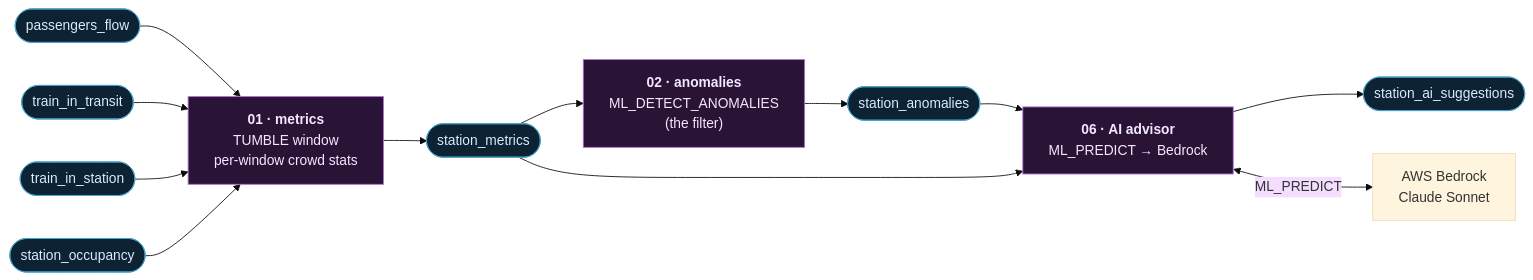
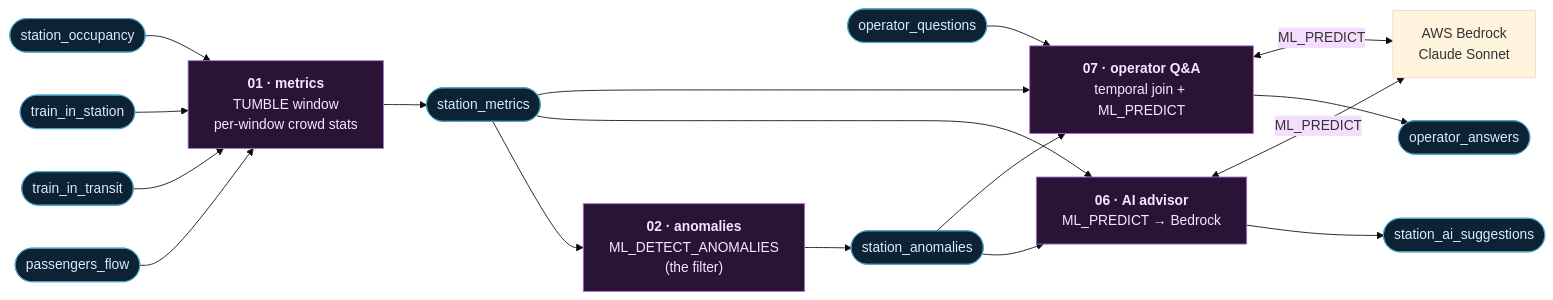
The second of 2 diagrams in README.md (ifnesi/cc-ai-tilley-station-demo), drawn with Mermaid (base theme) before and after one commit. The commit also changed other lines of this file and 23 other files, not shown here.

````diff
--- a/README.md
+++ b/README.md
@@ -78,30 +83,39 @@
 ```mermaid
 flowchart LR
   classDef topic fill:#0d2233,stroke:#4aa3c7,color:#dbeafe;
   classDef job fill:#2a1436,stroke:#b06fd6,color:#f3e8ff;
 
   PF(["passengers_flow"]):::topic
   TT(["train_in_transit"]):::topic
   TS(["train_in_station"]):::topic
   SO(["station_occupancy"]):::topic
 
+  OQ(["operator_questions"]):::topic
+
   J1["<b>01 · metrics</b><br/>TUMBLE window<br/>per-window crowd stats"]:::job
   J2["<b>02 · anomalies</b><br/>ML_DETECT_ANOMALIES<br/>(the filter)"]:::job
   J6["<b>06 · AI advisor</b><br/>ML_PREDICT → Bedrock"]:::job
+  J7["<b>07 · operator Q&A</b><br/>temporal join + ML_PREDICT"]:::job
 
   SM(["station_metrics"]):::topic
   SA(["station_anomalies"]):::topic
   AI(["station_ai_suggestions"]):::topic
+  OA(["operator_answers"]):::topic
   BR["AWS Bedrock<br/>Claude Sonnet"]
 
   PF --> J1
   TT --> J1
   TS --> J1
   SO --> J1
   J1 --> SM
   SM --> J2 --> SA
   SA --> J6
   SM --> J6
   J6 --> AI
   J6 <-->|ML_PREDICT| BR
+  OQ --> J7
+  SM --> J7
+  SA --> J7
+  J7 --> OA
+  J7 <-->|ML_PREDICT| BR
 ```
````
